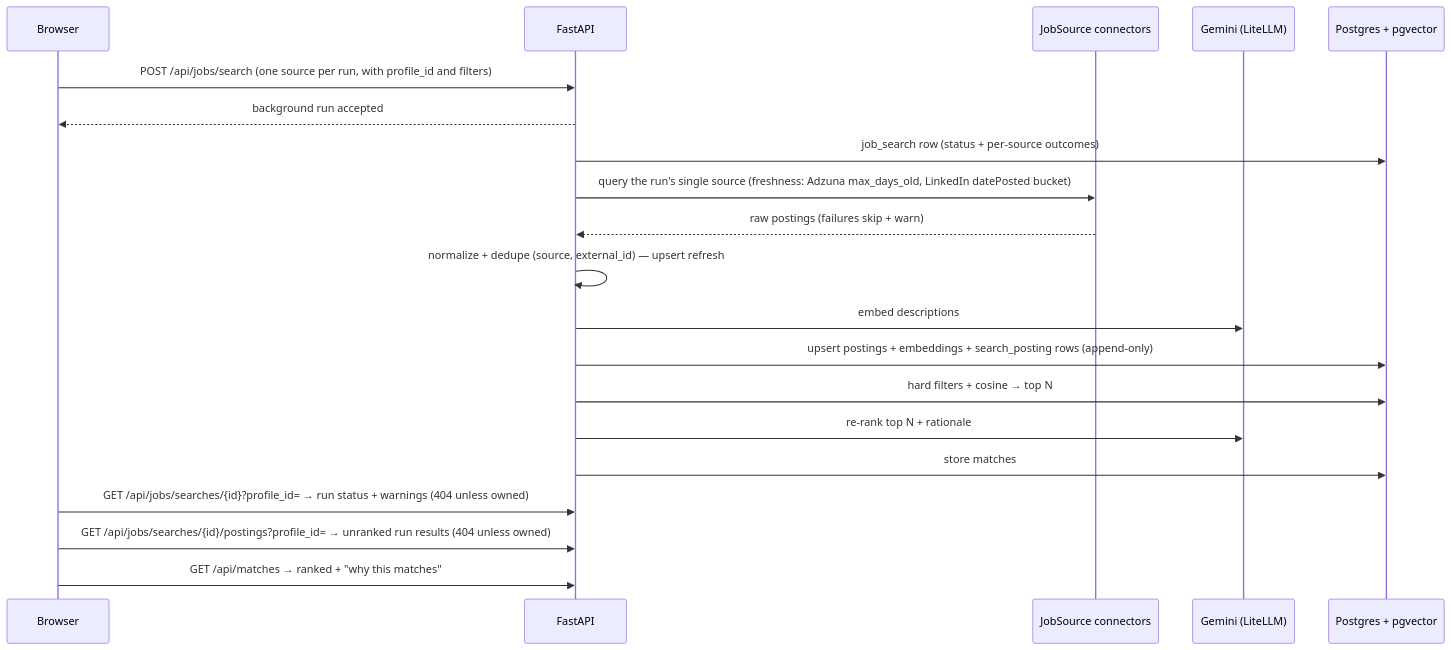
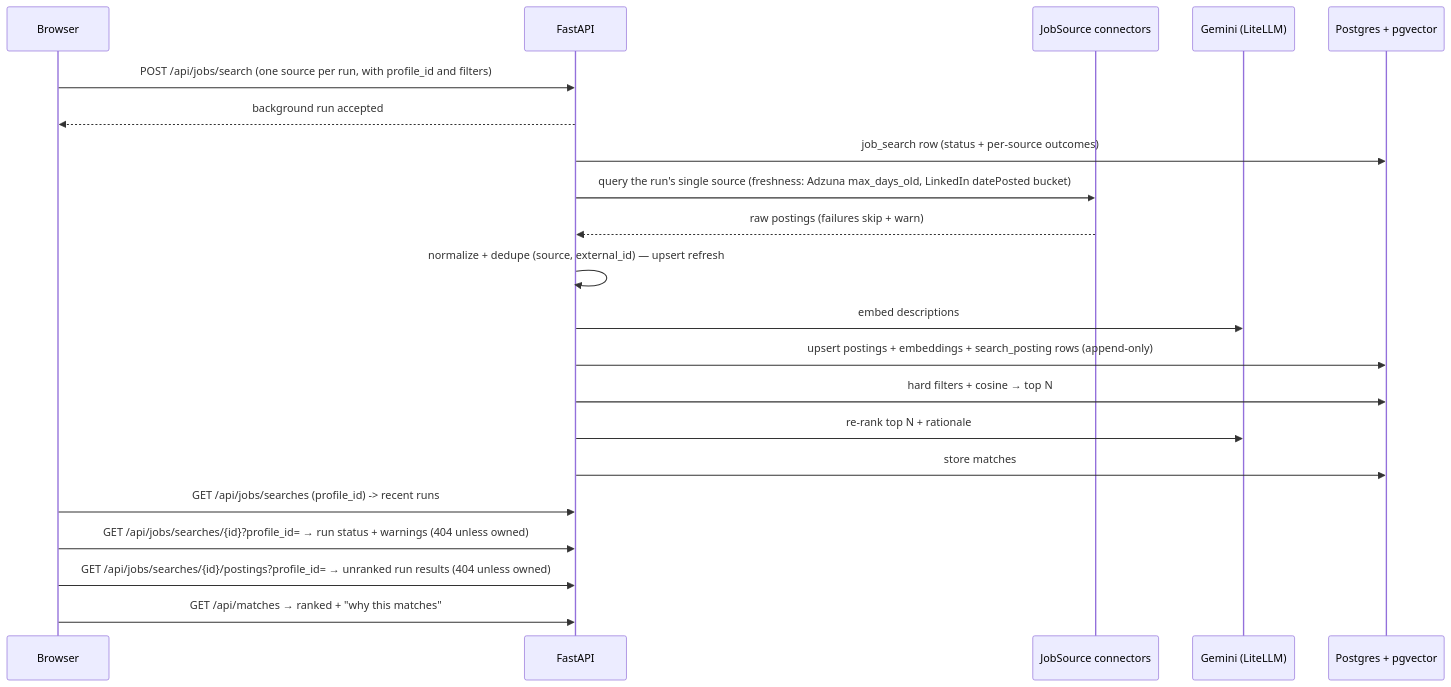
Before and after one commit to MSVhora/ai_job_assistant: the third of 4 diagrams in docs/architecture.md, drawn with Mermaid. The commit also changed 19 other files, not shown here.

Commit message:
feat(v3/30): single freshness knob (drop redundant LinkedIn date_posted declaration); run banners persist across refresh via GET /api/jobs/searches; temporary [wizard-debug] instrumentation

````diff
--- a/docs/architecture.md
+++ b/docs/architecture.md
@@ -97,23 +97,24 @@
 ```mermaid
 sequenceDiagram
     participant B as Browser
     participant A as FastAPI
     participant C as JobSource connectors
     participant G as Gemini (LiteLLM)
     participant D as Postgres + pgvector
 
     B->>A: POST /api/jobs/search (one source per run, with profile_id and filters)
     A-->>B: background run accepted
     A->>D: job_search row (status + per-source outcomes)
     A->>C: query the run's single source (freshness: Adzuna max_days_old, LinkedIn datePosted bucket)
     C-->>A: raw postings (failures skip + warn)
     A->>A: normalize + dedupe (source, external_id) — upsert refresh
     A->>G: embed descriptions
     A->>D: upsert postings + embeddings + search_posting rows (append-only)
     A->>D: hard filters + cosine → top N
     A->>G: re-rank top N + rationale
     A->>D: store matches
+    B->>A: GET /api/jobs/searches (profile_id) -> recent runs
     B->>A: GET /api/jobs/searches/{id}?profile_id= → run status + warnings (404 unless owned)
     B->>A: GET /api/jobs/searches/{id}/postings?profile_id= → unranked run results (404 unless owned)
     B->>A: GET /api/matches → ranked + "why this matches"
 ```
````
